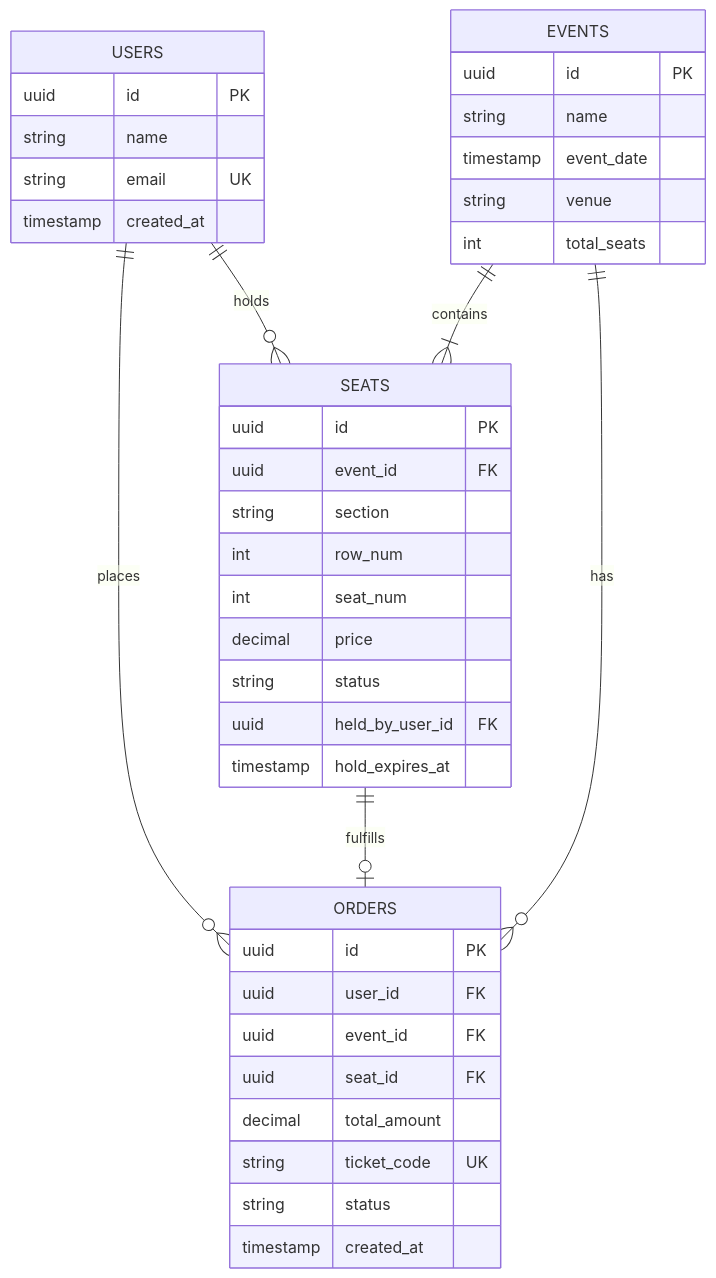
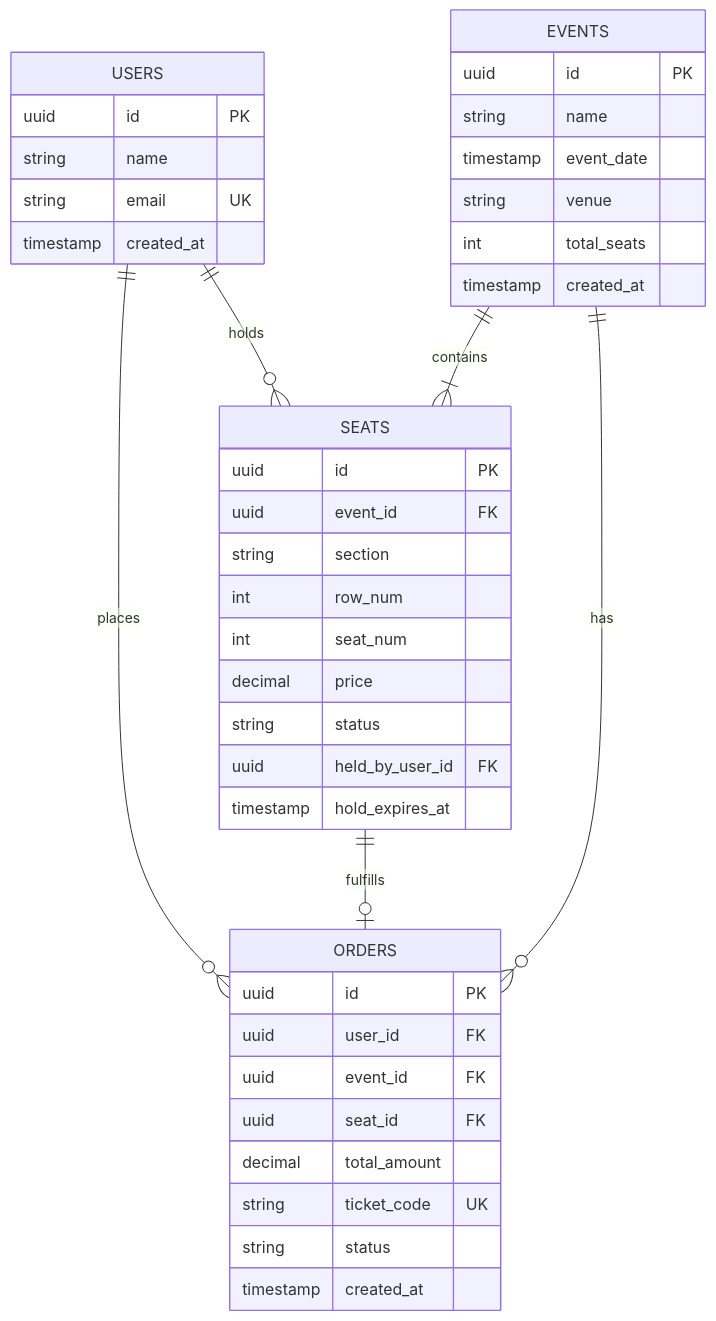
The diagram in day8/ticketing-design.md (Cynthia-M-M/web-foundations-days), drawn with Mermaid before and after one commit. The commit also changed other lines of this file and 1 other file, not shown here.

````diff
--- a/day8/ticketing-design.md
+++ b/day8/ticketing-design.md
@@ -215,43 +215,44 @@
 ```mermaid
 erDiagram
     USERS ||--o{ ORDERS : places
     EVENTS ||--|{ SEATS : contains
     EVENTS ||--o{ ORDERS : has
     SEATS ||--o| ORDERS : fulfills
     USERS ||--o{ SEATS : holds
 
     USERS {
         uuid id PK
         string name
         string email UK
         timestamp created_at
     }
     EVENTS {
         uuid id PK
         string name
         timestamp event_date
         string venue
         int total_seats
+        timestamp created_at
     }
     SEATS {
         uuid id PK
         uuid event_id FK
         string section
         int row_num
         int seat_num
         decimal price
         string status
         uuid held_by_user_id FK
         timestamp hold_expires_at
     }
     ORDERS {
         uuid id PK
         uuid user_id FK
         uuid event_id FK
         uuid seat_id FK
         decimal total_amount
         string ticket_code UK
         string status
         timestamp created_at
     }
 ```
````
